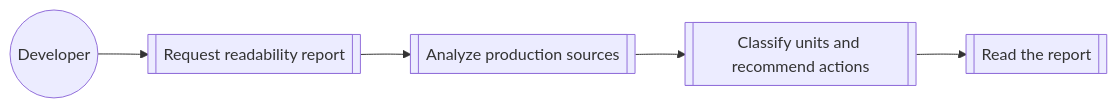
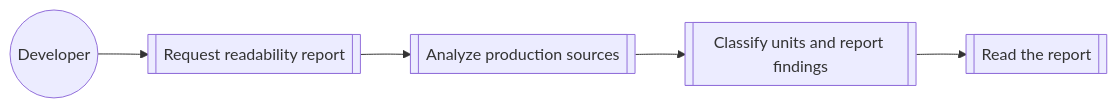
Before and after one commit to buster/givn: the diagram in givn/specs/assess-code-structure/usecase.md, drawn with Mermaid. The commit also changed other lines of this file and 27 other files, not shown here.

````diff
--- a/givn/specs/assess-code-structure/usecase.md
+++ b/givn/specs/assess-code-structure/usecase.md
@@ -120,7 +115,7 @@
 ```mermaid
 flowchart LR
   Developer((Developer)) --> Report[[Request readability report]]
   Report --> Analyze[[Analyze production sources]]
-  Analyze --> Classify[[Classify units and recommend actions]]
+  Analyze --> Classify[[Classify units and report findings]]
   Classify --> View[[Read the report]]
 ```
````
